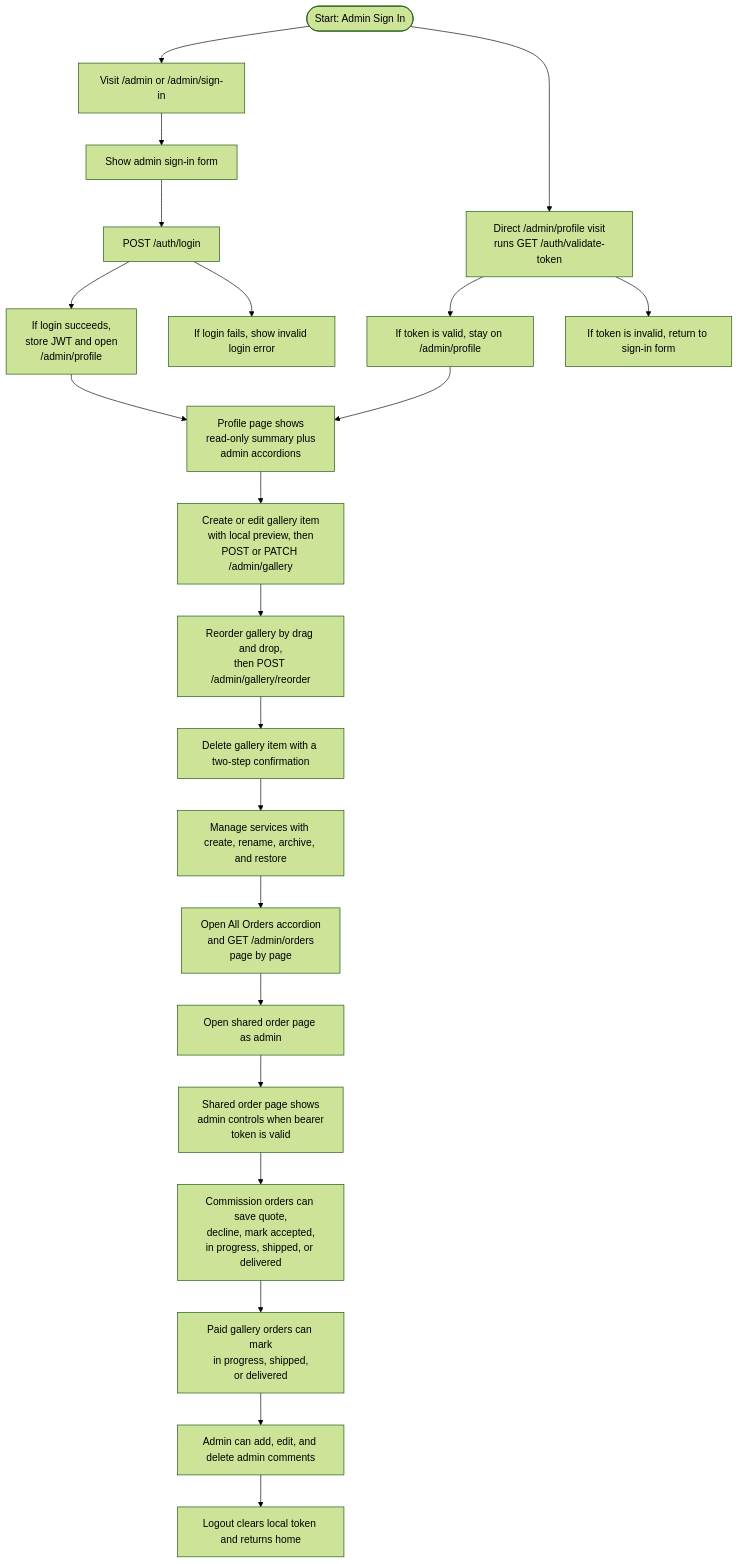
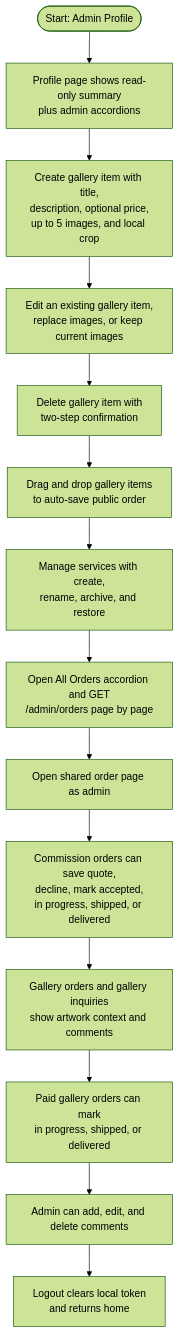
Before and after one commit to david-lytikainen/SAS: the third of 5 diagrams in 0_KC/flowchart.md, drawn with Mermaid (forest theme). The commit also changed other lines of this file and 6 other files, not shown here.

Commit message:
Refresh KC flowcharts

````diff
--- a/0_KC/flowchart.md
+++ b/0_KC/flowchart.md
@@ -3,33 +52,20 @@
 ```mermaid
 flowchart TB
-  A0([Start: Admin Sign In])
-  A1[Visit /admin or /admin/sign-in]
-  A2[Show admin sign-in form]
-  A3[POST /auth/login]
-  A4["If login succeeds,<br/>store JWT and open<br/>/admin/profile"]
-  A5[If login fails, show invalid login error]
-  A6["Direct /admin/profile visit<br/>runs GET /auth/validate-token"]
-  A7[If token is valid, stay on /admin/profile]
-  A8[If token is invalid, return to sign-in form]
-  A9["Profile page shows<br/>read-only summary plus<br/>admin accordions"]
-  A10["Create or edit gallery item<br/>with local preview, then<br/>POST or PATCH /admin/gallery"]
-  A11["Reorder gallery by drag and drop,<br/>then POST /admin/gallery/reorder"]
-  A12[Delete gallery item with a two-step confirmation]
-  A13[Manage services with create, rename, archive, and restore]
-  A14["Open All Orders accordion<br/>and GET /admin/orders<br/>page by page"]
-  A15[Open shared order page as admin]
-  A16["Shared order page shows<br/>admin controls when bearer<br/>token is valid"]
-  A17["Commission orders can save quote,<br/>decline, mark accepted,<br/>in progress, shipped, or delivered"]
-  A18["Paid gallery orders can mark<br/>in progress, shipped,<br/>or delivered"]
-  A19[Admin can add, edit, and delete admin comments]
-  A20[Logout clears local token and returns home]
+  A0([Start: Admin Profile])
+  A1["Profile page shows read-only summary<br/>plus admin accordions"]
+  A2["Create gallery item with title,<br/>description, optional price,<br/>up to 5 images, and local crop"]
+  A3["Edit an existing gallery item,<br/>replace images, or keep current images"]
+  A4["Delete gallery item with<br/>two-step confirmation"]
+  A5["Drag and drop gallery items<br/>to auto-save public order"]
+  A6["Manage services with create,<br/>rename, archive, and restore"]
+  A7["Open All Orders accordion and GET<br/>/admin/orders page by page"]
+  A8["Open shared order page as admin"]
+  A9["Commission orders can save quote,<br/>decline, mark accepted,<br/>in progress, shipped, or delivered"]
+  A10["Gallery orders and gallery inquiries<br/>show artwork context and comments"]
+  A11["Paid gallery orders can mark<br/>in progress, shipped, or delivered"]
+  A12["Admin can add, edit, and delete comments"]
+  A13["Logout clears local token<br/>and returns home"]
 
-  A0 --> A1 --> A2 --> A3
-  A3 --> A4
-  A3 --> A5
-  A0 --> A6
-  A6 --> A7
-  A6 --> A8
-  A4 --> A9 --> A10 --> A11 --> A12 --> A13 --> A14 --> A15 --> A16 --> A17 --> A18 --> A19 --> A20
-  A7 --> A9
+  A0 --> A1 --> A2 --> A3 --> A4 --> A5 --> A6 --> A7 --> A8
+  A8 --> A9 --> A10 --> A11 --> A12 --> A13
 ```
````
